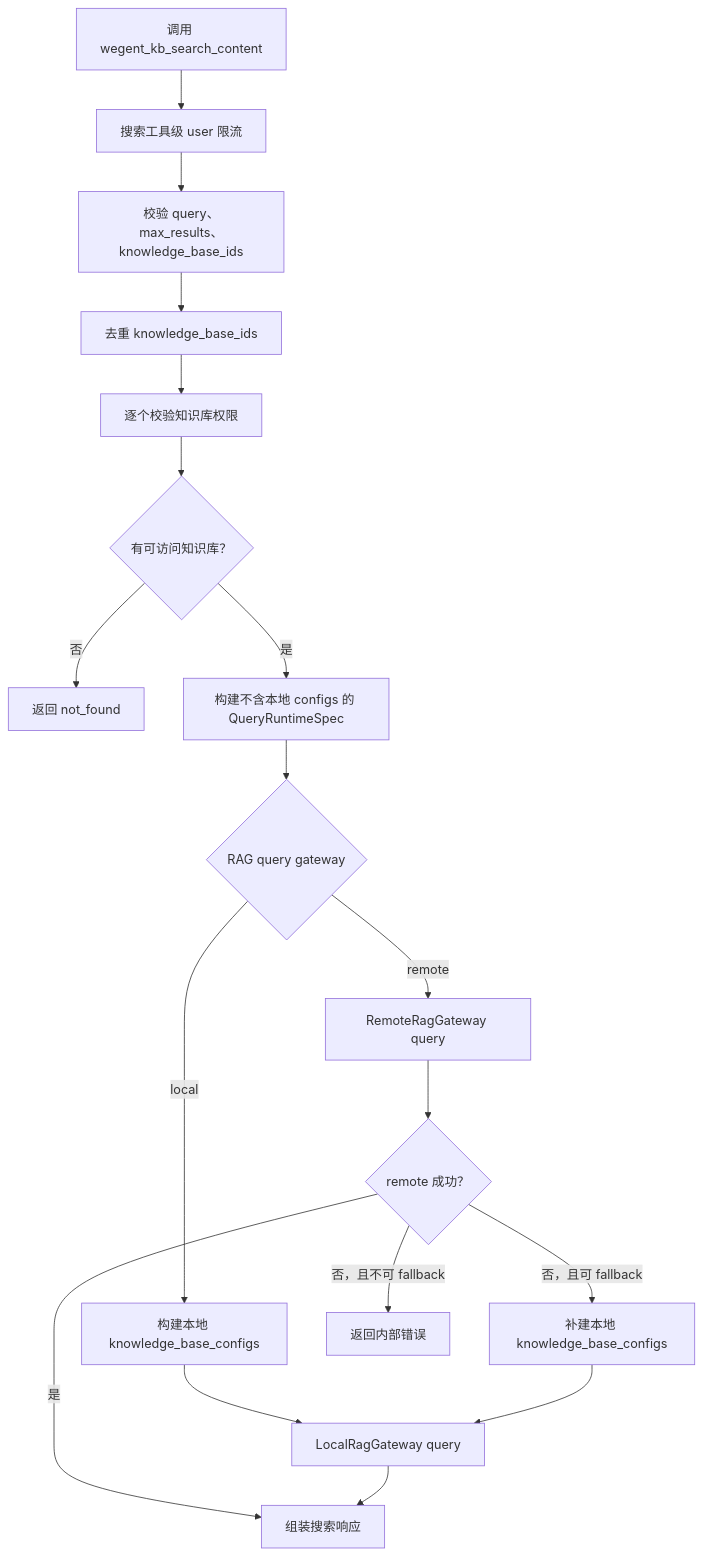
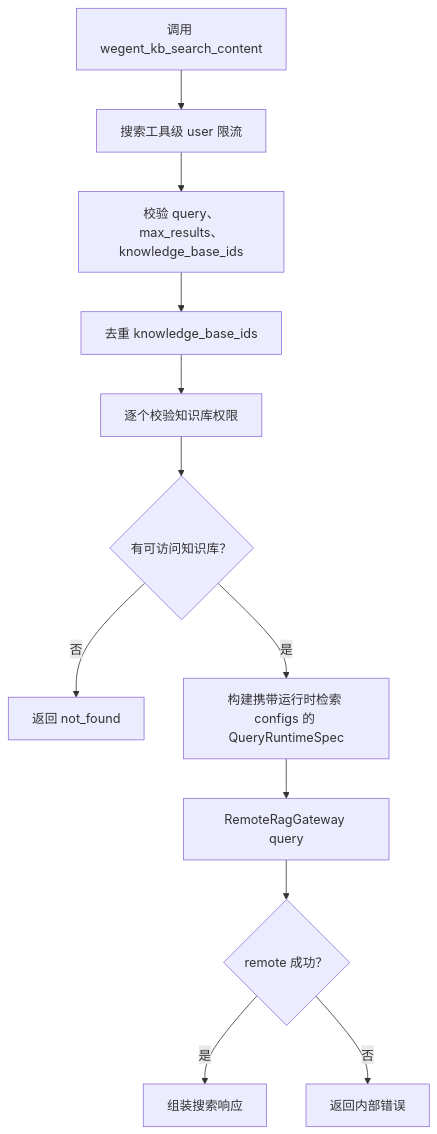
The third of 3 diagrams in docs/zh/wegent/developer-guide/external-knowledge-mcp.md (wecode-ai/Wegent), drawn with Mermaid before and after one commit. The commit also changed other lines of this file and 18 other files, not shown here.

First line of the commit message:
refactor(rag): require the knowledge runtime in deployment and docs

````diff
--- a/docs/zh/wegent/developer-guide/external-knowledge-mcp.md
+++ b/docs/zh/wegent/developer-guide/external-knowledge-mcp.md
@@ -269,20 +267,14 @@
 ```mermaid
 flowchart TD
     start[调用 wegent_kb_search_content] --> rate[搜索工具级 user 限流]
     rate --> validate[校验 query、max_results、knowledge_base_ids]
     validate --> dedupe[去重 knowledge_base_ids]
     dedupe --> access[逐个校验知识库权限]
     access --> found{有可访问知识库？}
     found -->|否| not_found[返回 not_found]
-    found -->|是| spec[构建不含本地 configs 的 QueryRuntimeSpec]
-    spec --> gateway{RAG query gateway}
-    gateway -->|local| build_local[构建本地 knowledge_base_configs]
-    build_local --> local_query[LocalRagGateway query]
-    gateway -->|remote| remote_query[RemoteRagGateway query]
+    found -->|是| spec[构建携带运行时检索 configs 的 QueryRuntimeSpec]
+    spec --> remote_query[RemoteRagGateway query]
     remote_query --> ok{remote 成功？}
     ok -->|是| response[组装搜索响应]
-    ok -->|否，且可 fallback| build_fallback[补建本地 knowledge_base_configs]
-    build_fallback --> local_query
-    ok -->|否，且不可 fallback| error[返回内部错误]
-    local_query --> response
+    ok -->|否| error[返回内部错误]
 ```
````
